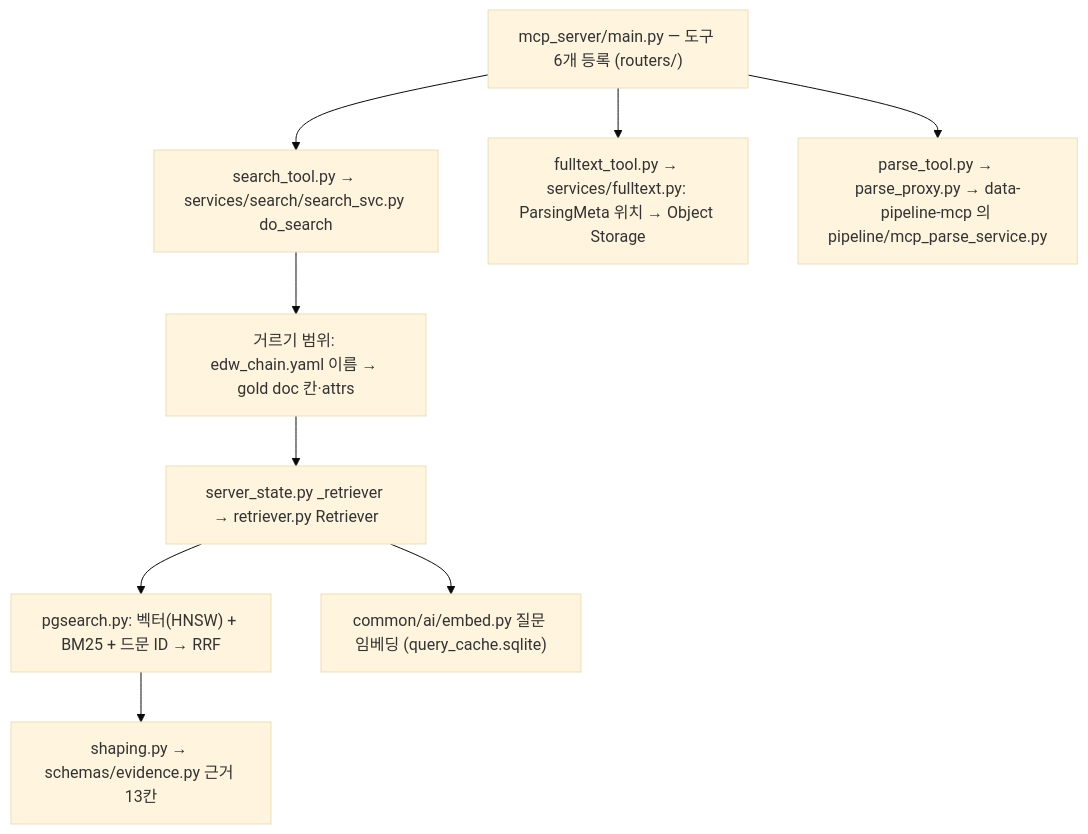
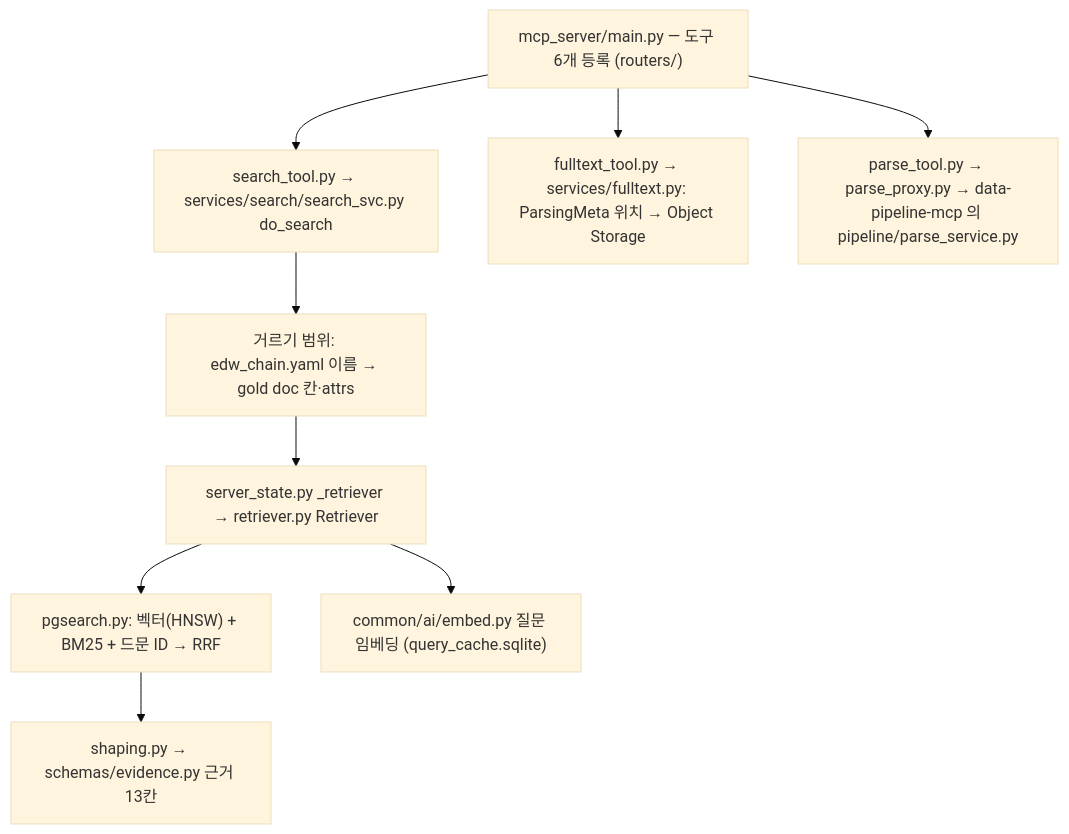
Before and after one commit to gigasamba/sbl_data_parsing: the tenth of 11 diagrams in docs/architecture/parse_flow.md, drawn with Mermaid (base theme). The commit also changed other lines of this file and 114 other files, not shown here.

````diff
--- a/docs/architecture/parse_flow.md
+++ b/docs/architecture/parse_flow.md
@@ -384,16 +384,16 @@
 ```mermaid
 flowchart TD
     M["mcp_server/main.py — 도구 6개 등록 (routers/)"]
     S["search_tool.py → services/search/search_svc.py do_search"]
     H["거르기 범위: edw_chain.yaml 이름 → gold doc 칸·attrs"]
     R["server_state.py _retriever → retriever.py Retriever"]
     P["pgsearch.py: 벡터(HNSW) + BM25 + 드문 ID → RRF"]
     Q["common/ai/embed.py 질문 임베딩 (query_cache.sqlite)"]
     O["shaping.py → schemas/evidence.py 근거 13칸"]
     FT["fulltext_tool.py → services/fulltext.py: ParsingMeta 위치 → Object Storage"]
-    PD["parse_tool.py → parse_proxy.py → data-pipeline-mcp 의 pipeline/mcp_parse_service.py"]
+    PD["parse_tool.py → parse_proxy.py → data-pipeline-mcp 의 pipeline/parse_service.py"]
     M --> S --> H --> R --> P --> O
     R --> Q
     M --> FT
     M --> PD
 ```
````
